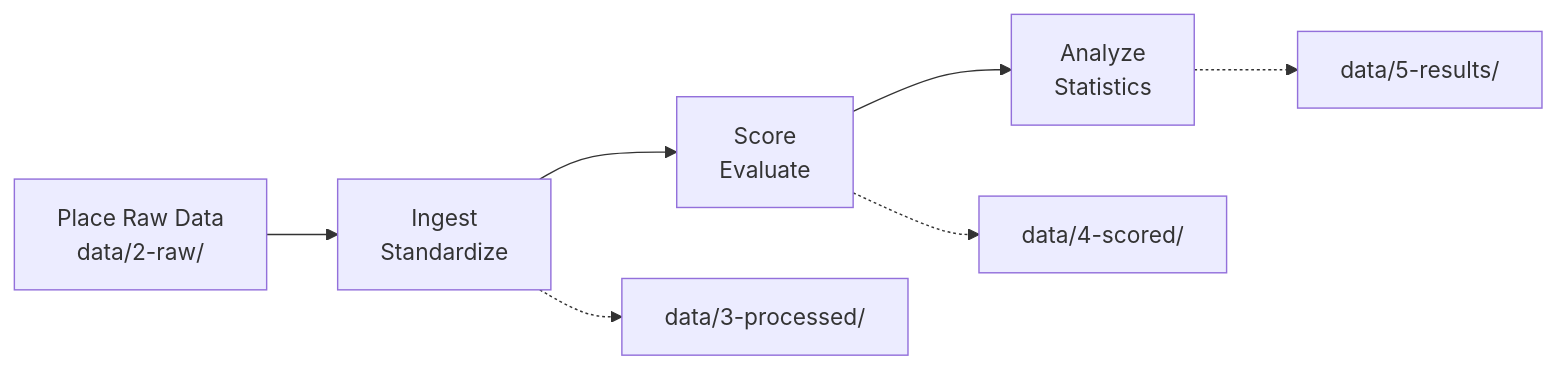
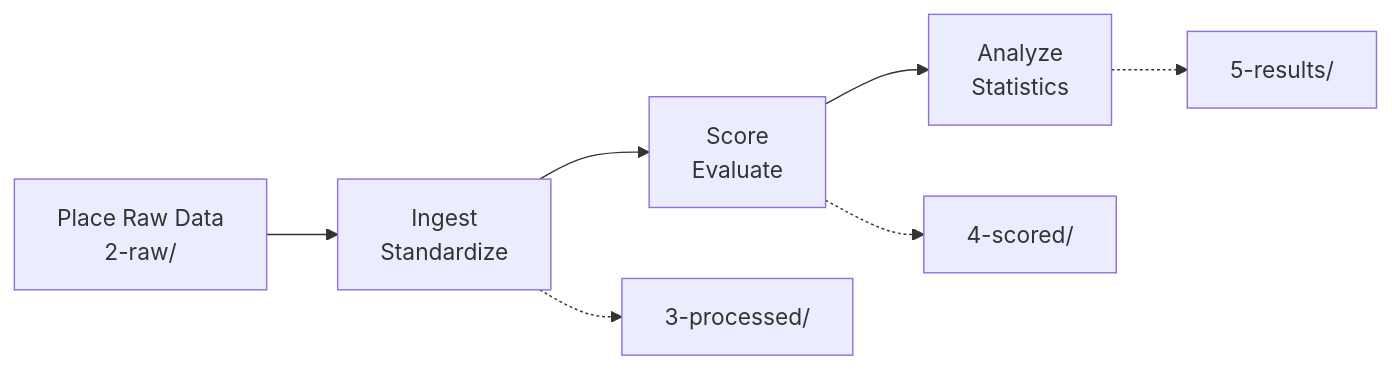
Before and after one commit to ischemist/project-procrustes: the diagram in docs/quick-start.md, drawn with Mermaid. The commit also changed other lines of this file and 58 other files, not shown here.

````diff
--- a/docs/quick-start.md
+++ b/docs/quick-start.md
@@ -83,11 +93,11 @@
 ```mermaid
 graph LR
-    A[Place Raw Data<br/>data/2-raw/] --> B[Ingest<br/>Standardize]
+    A[Place Raw Data<br/>2-raw/] --> B[Ingest<br/>Standardize]
     B --> C[Score<br/>Evaluate]
     C --> D[Analyze<br/>Statistics]
     
-    B -.-> E[data/3-processed/]
-    C -.-> F[data/4-scored/]
-    D -.-> G[data/5-results/]
+    B -.-> E[3-processed/]
+    C -.-> F[4-scored/]
+    D -.-> G[5-results/]
 
 ```
````
